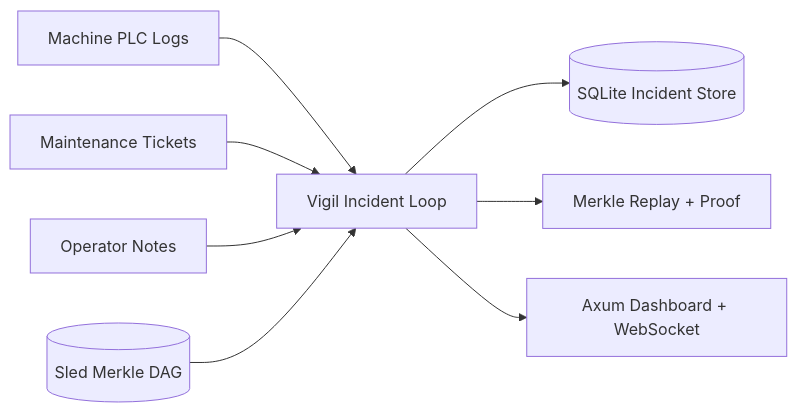
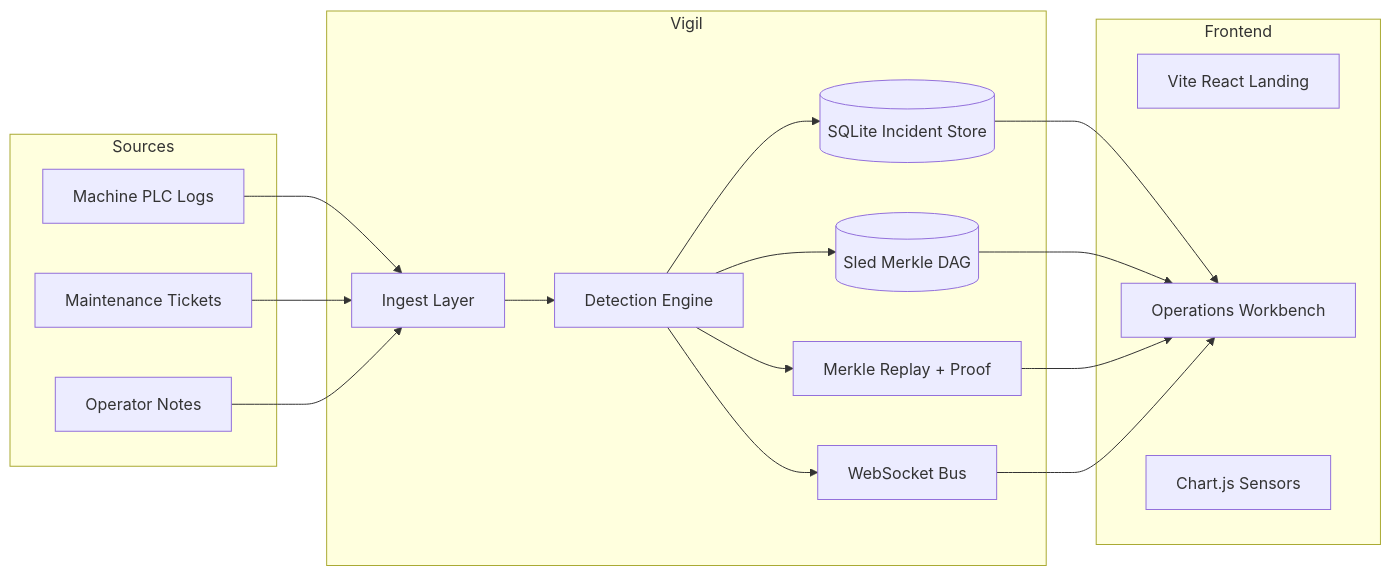
The diagram in README.md (AngelP17/Vigil-ForgeMesh-), drawn with Mermaid before and after one commit. The commit also changed other lines of this file and 35 other files, not shown here.

First line of the commit message:
feat: elite React frontend upgrade with Vite + GSAP + Tailwind

````diff
--- a/README.md
+++ b/README.md
@@ -49,10 +52,36 @@
 ```mermaid
 flowchart LR
-    PLC[Machine PLC Logs] --> Detect[Vigil Incident Loop]
-    Tickets[Maintenance Tickets] --> Detect
-    Notes[Operator Notes] --> Detect
-    Detect --> SQLite[(SQLite Incident Store)]
-    Detect --> Replay[Merkle Replay + Proof]
-    Detect --> UI[Axum Dashboard + WebSocket]
-    Sled[(Sled Merkle DAG)] --> Detect
+    subgraph Sources
+        PLC[Machine PLC Logs]
+        Tickets[Maintenance Tickets]
+        Notes[Operator Notes]
+    end
+
+    subgraph Vigil
+        Ingest[Ingest Layer]
+        Detect[Detection Engine]
+        SQLite[(SQLite Incident Store)]
+        Sled[(Sled Merkle DAG)]
+        Replay[Merkle Replay + Proof]
+        WS[WebSocket Bus]
+    end
+
+    subgraph Frontend
+        Landing[Vite React Landing]
+        Dashboard[Operations Workbench]
+        Charts[Chart.js Sensors]
+    end
+
+    PLC --> Ingest
+    Tickets --> Ingest
+    Notes --> Ingest
+    Ingest --> Detect
+    Detect --> SQLite
+    Detect --> Sled
+    Detect --> Replay
+    Detect --> WS
+    SQLite --> Dashboard
+    Sled --> Dashboard
+    Replay --> Dashboard
+    WS --> Dashboard
 ```
````
